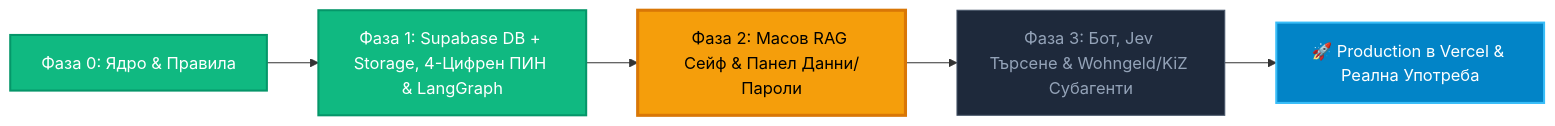
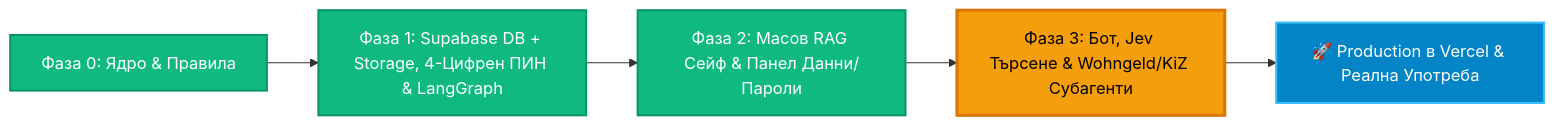
Before and after one commit to Krasimir-Hristov/KRONOS: the diagram in ROADMAP.md, drawn with Mermaid. The commit also changed other lines of this file and 51 other files, not shown here.

````diff
--- a/ROADMAP.md
+++ b/ROADMAP.md
@@ -9,13 +9,13 @@
 ```mermaid
 flowchart LR
     P0["Фаза 0: Ядро & Правила"] --> P1["Фаза 1: Supabase DB + Storage, 4-Цифрен ПИН & LangGraph"]
     P1 --> P2["Фаза 2: Масов RAG Сейф & Панел Данни/Пароли"]
     P2 --> P3["Фаза 3: Бот, Jev Търсене & Wohngeld/KiZ Субагенти"]
     P3 --> PROD["🚀 Production в Vercel & Реална Употреба"]
 
     style P0 fill:#10b981,stroke:#059669,stroke-width:2px,color:#ffffff
     style P1 fill:#10b981,stroke:#059669,stroke-width:2px,color:#ffffff
-    style P2 fill:#f59e0b,stroke:#d97706,stroke-width:3px,color:#000000
-    style P3 fill:#1e293b,stroke:#475569,stroke-width:1px,color:#94a3b8
+    style P2 fill:#10b981,stroke:#059669,stroke-width:2px,color:#ffffff
+    style P3 fill:#f59e0b,stroke:#d97706,stroke-width:3px,color:#000000
     style PROD fill:#0284c7,stroke:#38bdf8,stroke-width:2px,color:#ffffff
 ```
````
